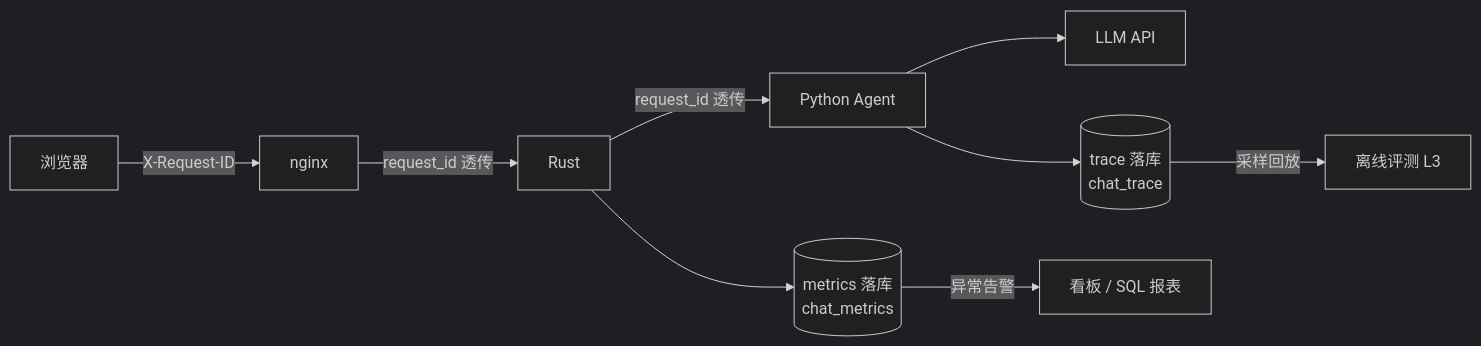
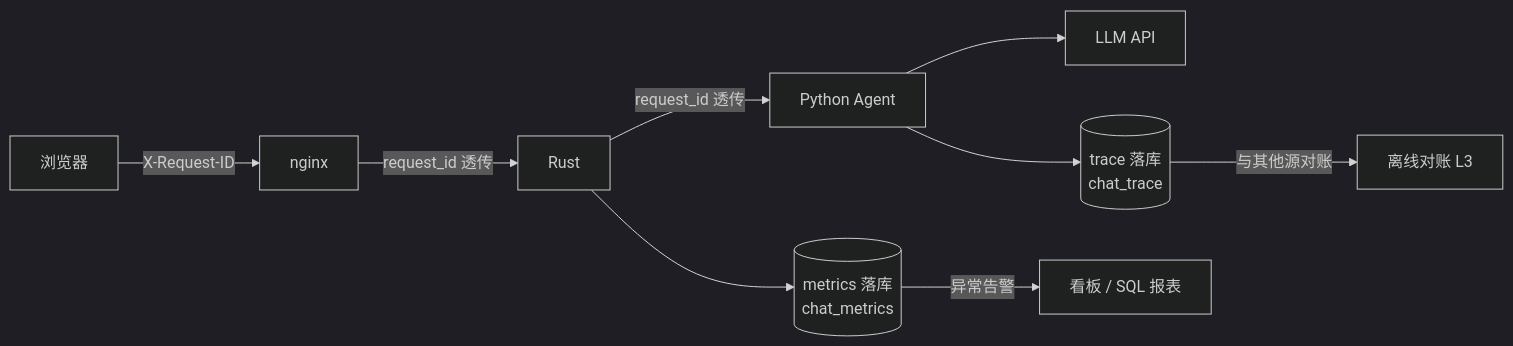
The second of 2 diagrams in docs/eval-observability.md (BigLeopardCat/saudade-blog-agent), drawn with Mermaid (dark theme) before and after one commit. The commit also changed other lines of this file, not shown here.

````diff
--- a/docs/eval-observability.md
+++ b/docs/eval-observability.md
@@ -199,11 +222,11 @@
 ```mermaid
 flowchart LR
     B[浏览器] -->|X-Request-ID| N[nginx]
     N -->|request_id 透传| R[Rust]
     R -->|request_id 透传| A[Python Agent]
     A --> L[LLM API]
     A --> T[(trace 落库<br/>chat_trace)]
     R --> M[(metrics 落库<br/>chat_metrics)]
-    T -->|采样回放| EVAL[离线评测 L3]
+    T -->|与其他源对账| EVAL[离线对账 L3]
     M -->|异常告警| DASH[看板 / SQL 报表]
 ```
````
